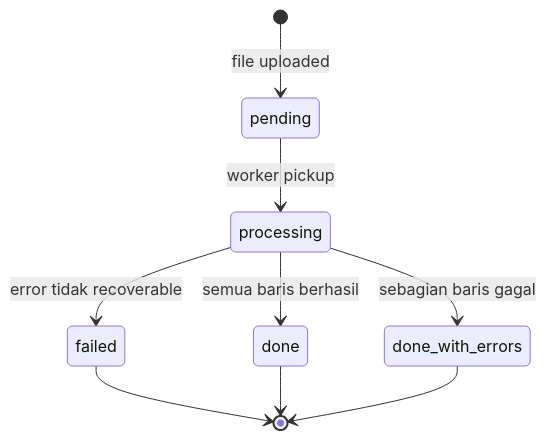
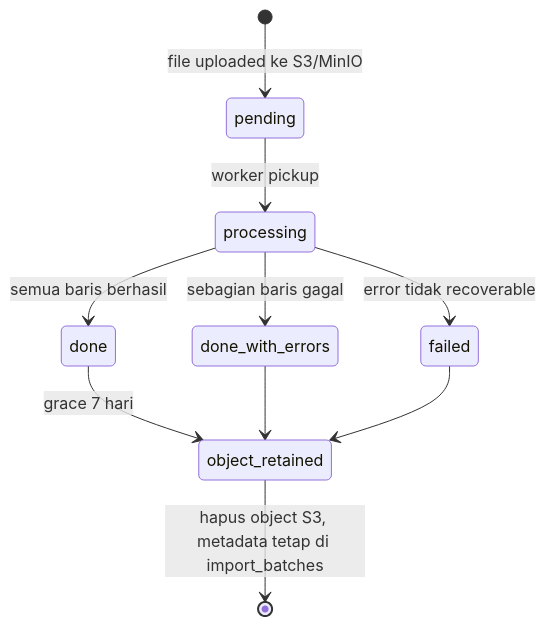
Before and after one commit to irwanphan/eccounting-v2-app: the seventh of 7 diagrams in docs/ERD.md, drawn with Mermaid. The commit also changed other lines of this file and 2 other files, not shown here.

First line of the commit message:
docs: kebijakan retensi Excel import + infra docker-compose dev

````diff
--- a/docs/ERD.md
+++ b/docs/ERD.md
@@ -342,11 +376,12 @@
 ```mermaid
 stateDiagram-v2
-    [*] --> pending: file uploaded
+    [*] --> pending: file uploaded ke S3/MinIO
     pending --> processing: worker pickup
     processing --> done: semua baris berhasil
     processing --> failed: error tidak recoverable
     processing --> done_with_errors: sebagian baris gagal
-    failed --> [*]
-    done --> [*]
-    done_with_errors --> [*]
+    done --> object_retained: grace 7 hari
+    done_with_errors --> object_retained
+    failed --> object_retained
+    object_retained --> [*]: hapus object S3, metadata tetap di import_batches
 ```
````
